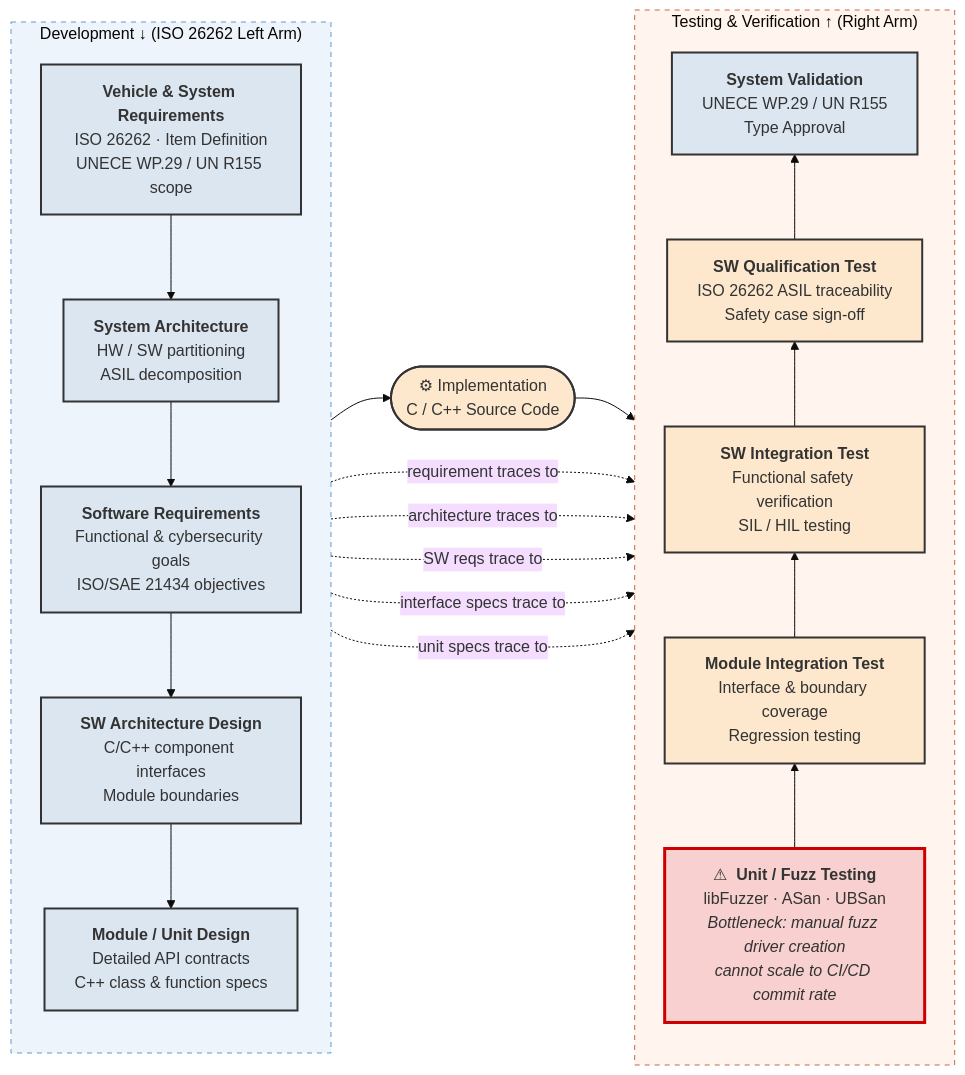
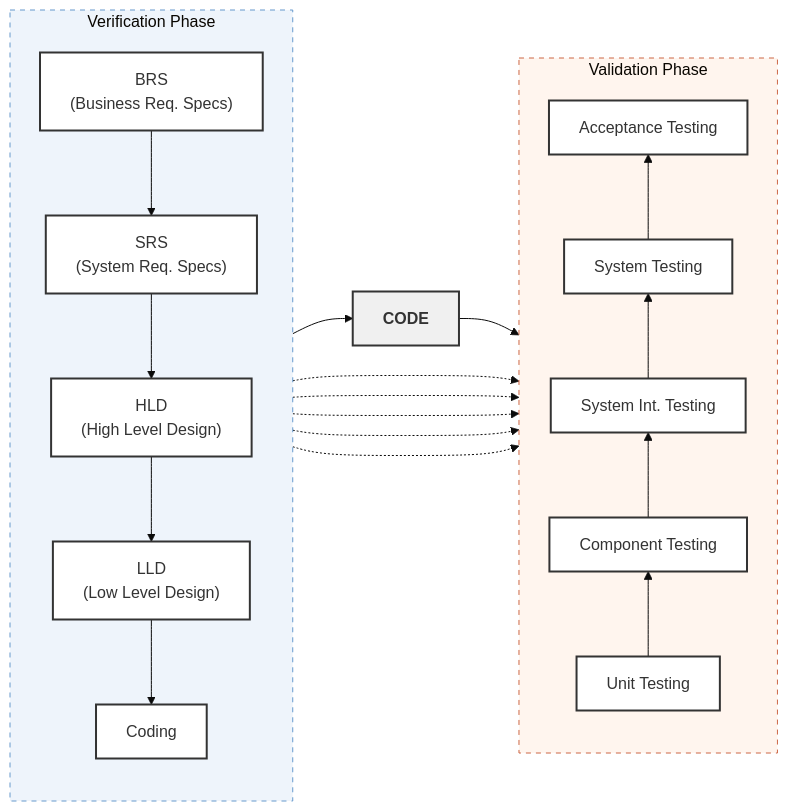
The first of 9 diagrams in Thesis_Diagrams_Slides.md (DARREN-2000/temporary), drawn with Mermaid before and after one commit. The commit also changed other lines of this file and 1 other file, not shown here.

Commit message:
feat: replace Figure 1.0 with exact Mermaid equivalent of TikZ V-model

````diff
--- a/Thesis_Diagrams_Slides.md
+++ b/Thesis_Diagrams_Slides.md
@@ -15,60 +15,60 @@
 ```mermaid
 %%{init: {"theme": "base", "themeVariables": {"fontSize": "16px"}, "flowchart": {"diagramPadding": 28, "nodeSpacing": 40, "rankSpacing": 60}} }%%
 flowchart LR
 
-    %% ── LEFT ARM : Development (top → bottom) ───────────────────────
-    subgraph DEV["Development  ↓  (ISO 26262 Left Arm)"]
+    %% ── LEFT ARM : Verification Phase (top → bottom) ─────────────────
+    subgraph VER["Verification Phase"]
         direction TB
-        REQ["<b>Vehicle &amp; System Requirements</b><br/>ISO 26262 · Item Definition<br/>UNECE WP.29 / UN R155 scope"]
-        SYS["<b>System Architecture</b><br/>HW / SW partitioning<br/>ASIL decomposition"]
-        SWR["<b>Software Requirements</b><br/>Functional &amp; cybersecurity goals<br/>ISO/SAE 21434 objectives"]
-        SWA["<b>SW Architecture Design</b><br/>C/C++ component interfaces<br/>Module boundaries"]
-        MOD["<b>Module / Unit Design</b><br/>Detailed API contracts<br/>C++ class &amp; function specs"]
+        BRS["BRS<br/>(Business Req. Specs)"]
+        SRS["SRS<br/>(System Req. Specs)"]
+        HLD["HLD<br/>(High Level Design)"]
+        LLD["LLD<br/>(Low Level Design)"]
+        CODING["Coding"]
 
-        REQ --> SYS --> SWR --> SWA --> MOD
+        BRS --> SRS --> HLD --> LLD --> CODING
     end
 
-    %% ── APEX : Implementation ────────────────────────────────────────
-    IMPL(["⚙  Implementation<br/>C / C++  Source Code"])
+    %% ── APEX : CODE ──────────────────────────────────────────────────
+    CODE["<b>CODE</b>"]
 
-    %% ── RIGHT ARM : Testing (bottom → top) ──────────────────────────
-    subgraph TEST["Testing &amp; Verification  ↑  (Right Arm)"]
+    %% ── RIGHT ARM : Validation Phase (bottom → top) ──────────────────
+    subgraph VAL["Validation Phase"]
         direction BT
-        UT["⚠  <b>Unit / Fuzz Testing</b><br/>libFuzzer · ASan · UBSan<br/><i>Bottleneck: manual fuzz driver creation<br/>cannot scale to CI/CD commit rate</i>"]
-        MIT["<b>Module Integration Test</b><br/>Interface &amp; boundary coverage<br/>Regression testing"]
-        SIT["<b>SW Integration Test</b><br/>Functional safety verification<br/>SIL / HIL testing"]
-        SQT["<b>SW Qualification Test</b><br/>ISO 26262 ASIL traceability<br/>Safety case sign-off"]
-        VAL["<b>System Validation</b><br/>UNECE WP.29 / UN R155<br/>Type Approval"]
+        UT["Unit Testing"]
+        CT["Component Testing"]
+        SIT["System Int. Testing"]
+        ST["System Testing"]
+        AT["Acceptance Testing"]
 
-        UT --> MIT --> SIT --> SQT --> VAL
+        UT --> CT --> SIT --> ST --> AT
     end
 
     %% ── APEX CONNECTIONS ─────────────────────────────────────────────
-    MOD  --> IMPL
-    IMPL --> UT
+    CODING --> CODE
+    CODE   --> UT
 
-    %% ── TRACEABILITY CROSS-LINKS (dashed) ────────────────────────────
-    REQ -.->|"requirement traces to"| VAL
-    SYS -.->|"architecture traces to"| SQT
-    SWR -.->|"SW reqs trace to"| SIT
-    SWA -.->|"interface specs trace to"| MIT
-    MOD -.->|"unit specs trace to"| UT
+    %% ── HORIZONTAL TRACEABILITY LINKS (dashed) ───────────────────────
+    BRS    -.-> AT
+    SRS    -.-> ST
+    HLD    -.-> SIT
+    LLD    -.-> CT
+    CODING -.-> UT
 
     %% ── STYLING ──────────────────────────────────────────────────────
-    style REQ  fill:#dce6f1,stroke:#333,stroke-width:2px
-    style SYS  fill:#dce6f1,stroke:#333,stroke-width:2px
-    style SWR  fill:#dce6f1,stroke:#333,stroke-width:2px
-    style SWA  fill:#dce6f1,stroke:#333,stroke-width:2px
-    style MOD  fill:#dce6f1,stroke:#333,stroke-width:2px
+    style BRS    fill:#ffffff,stroke:#333,stroke-width:2px
+    style SRS    fill:#ffffff,stroke:#333,stroke-width:2px
+    style HLD    fill:#ffffff,stroke:#333,stroke-width:2px
+    style LLD    fill:#ffffff,stroke:#333,stroke-width:2px
+    style CODING fill:#ffffff,stroke:#333,stroke-width:2px
 
-    style IMPL fill:#fde8cd,stroke:#333,stroke-width:2px
+    style CODE   fill:#f0f0f0,stroke:#333,stroke-width:2px
 
-    style UT   fill:#f8d0d0,stroke:#c00,stroke-width:3px
-    style MIT  fill:#fde8cd,stroke:#333,stroke-width:2px
-    style SIT  fill:#fde8cd,stroke:#333,stroke-width:2px
-    style SQT  fill:#fde8cd,stroke:#333,stroke-width:2px
-    style VAL  fill:#dce6f1,stroke:#333,stroke-width:2px
+    style UT     fill:#ffffff,stroke:#333,stroke-width:2px
+    style CT     fill:#ffffff,stroke:#333,stroke-width:2px
+    style SIT    fill:#ffffff,stroke:#333,stroke-width:2px
+    style ST     fill:#ffffff,stroke:#333,stroke-width:2px
+    style AT     fill:#ffffff,stroke:#333,stroke-width:2px
 
-    style DEV  fill:#eef4fb,stroke:#6699cc,stroke-width:1px,stroke-dasharray:5
-    style TEST fill:#fff5ee,stroke:#c64,stroke-width:1px,stroke-dasharray:5
+    style VER    fill:#eef4fb,stroke:#6699cc,stroke-width:1px,stroke-dasharray:5
+    style VAL    fill:#fff5ee,stroke:#c64,stroke-width:1px,stroke-dasharray:5
 ```
````
